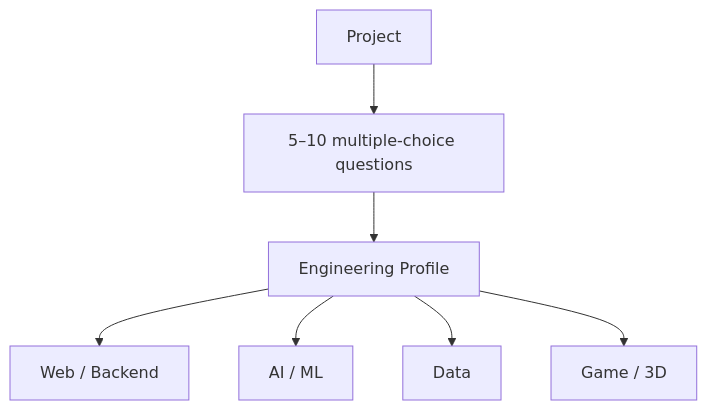
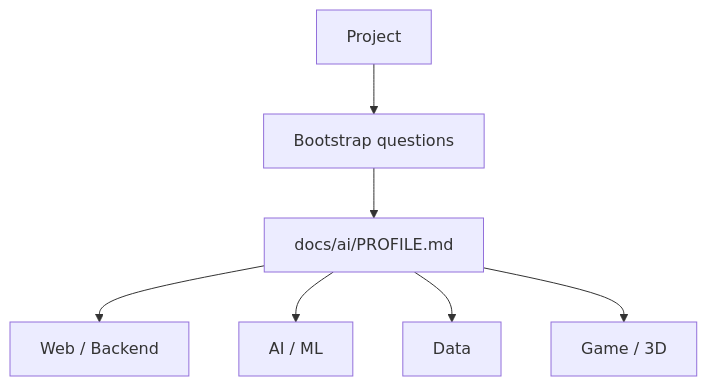
Before and after one commit to OptimisticPessimist/sentrith: the diagram in README.md, drawn with Mermaid. The commit also changed other lines of this file and 57 other files, not shown here.

````diff
--- a/README.md
+++ b/README.md
@@ -62,9 +62,9 @@
 ```mermaid
 flowchart TD
-    P["Project"] --> Q["5–10 multiple-choice questions"]
-    Q --> E["Engineering Profile"]
+    P["Project"] --> Q["Bootstrap questions"]
+    Q --> E["docs/ai/PROFILE.md"]
     E --> W["Web / Backend"]
     E --> A["AI / ML"]
     E --> D["Data"]
     E --> G["Game / 3D"]
 ```
````
